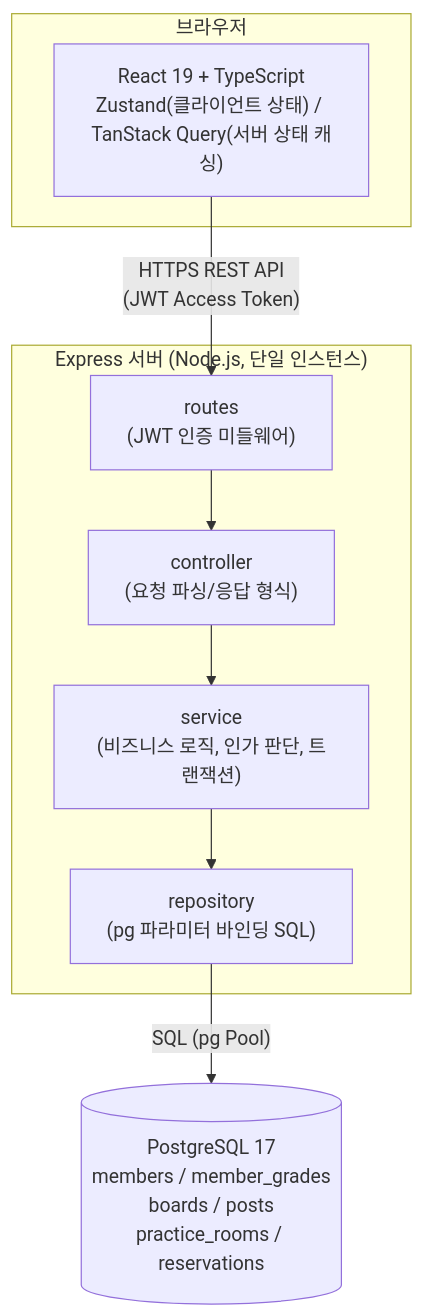
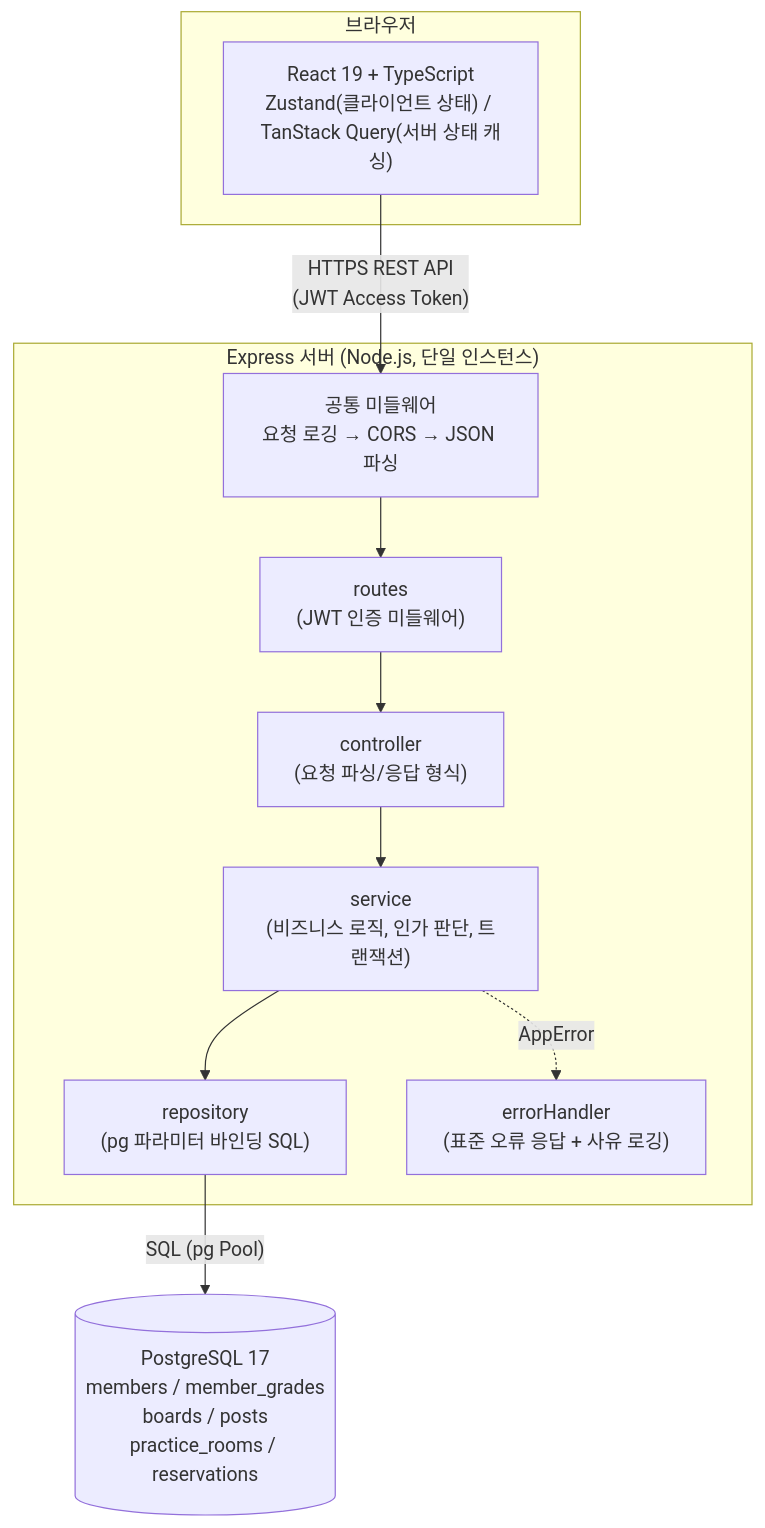
One commit to kfanfanbT9/ClubHome changed the first of 4 diagrams in docs/6-arch-diagram.md. Above: the diagram before and after it, drawn with Mermaid. The commit also changed other lines of this file and 22 other files, not shown here.

````diff
--- a/docs/6-arch-diagram.md
+++ b/docs/6-arch-diagram.md
@@ -17,19 +22,22 @@
 ```mermaid
 flowchart TB
     subgraph Client["브라우저"]
         FE["React 19 + TypeScript\nZustand(클라이언트 상태) / TanStack Query(서버 상태 캐싱)"]
     end
 
     subgraph Server["Express 서버 (Node.js, 단일 인스턴스)"]
+        Mw["공통 미들웨어\n요청 로깅 → CORS → JSON 파싱"]
         Routes["routes\n(JWT 인증 미들웨어)"]
         Controller["controller\n(요청 파싱/응답 형식)"]
         Service["service\n(비즈니스 로직, 인가 판단, 트랜잭션)"]
         Repository["repository\n(pg 파라미터 바인딩 SQL)"]
-        Routes --> Controller --> Service --> Repository
+        Err["errorHandler\n(표준 오류 응답 + 사유 로깅)"]
+        Mw --> Routes --> Controller --> Service --> Repository
+        Service -. "AppError" .-> Err
     end
 
     DB[("PostgreSQL 17\nmembers / member_grades\nboards / posts\npractice_rooms / reservations")]
 
-    FE -- "HTTPS REST API\n(JWT Access Token)" --> Routes
+    FE -- "HTTPS REST API\n(JWT Access Token)" --> Mw
     Repository -- "SQL (pg Pool)" --> DB
 ```
````
